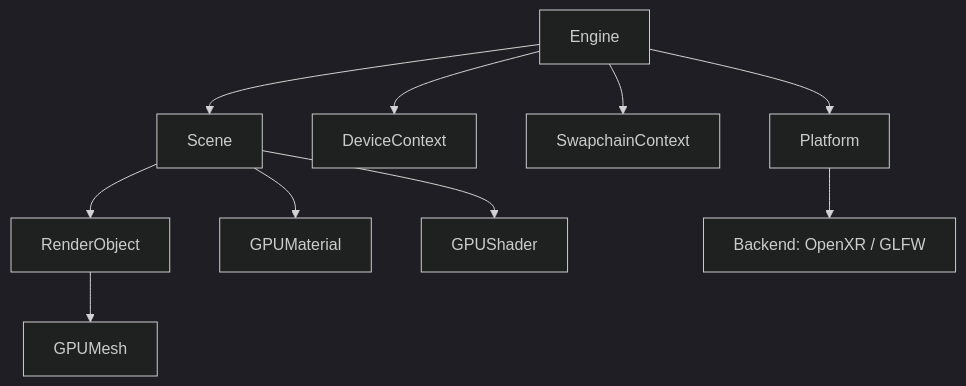
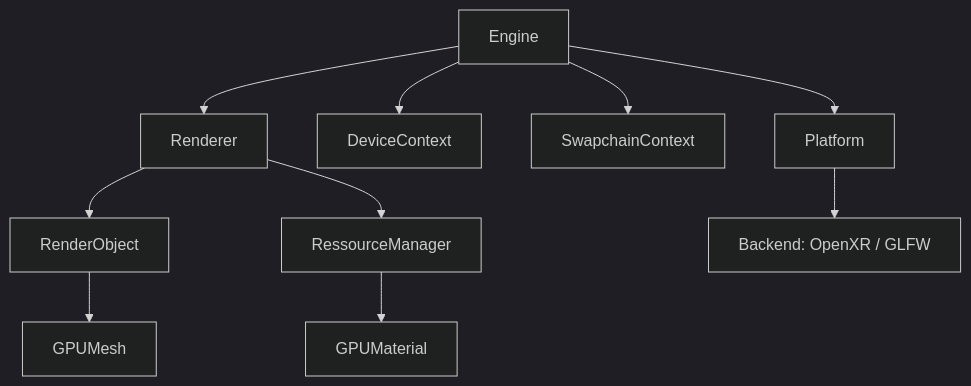
The first of 2 diagrams in docs/ARCHITECTURE.md (etib-corp/evan), drawn with Mermaid (dark theme) before and after one commit. The commit also changed other lines of this file and 4 other files, not shown here.

````diff
--- a/docs/ARCHITECTURE.md
+++ b/docs/ARCHITECTURE.md
@@ -8,14 +8,14 @@
 ```mermaid
 graph TD
     Engine[Engine] --> Platform[Platform]
     Engine --> Device[DeviceContext]
     Engine --> Swapchain[SwapchainContext]
-    Engine --> Scene[Scene]
+    Engine --> Renderer[Renderer]
 
-    Scene --> RenderObject[RenderObject]
+    Renderer --> RenderObject[RenderObject]
     RenderObject --> GPUMesh[GPUMesh]
-    Scene --> GPUMaterial[GPUMaterial]
-    Scene --> GPUShader[GPUShader]
+    Renderer --> MaterialManager[RessourceManager]
+    MaterialManager --> GPUMaterial[GPUMaterial]
 
     Platform --> Backend[Backend: OpenXR / GLFW]
 ```
````
